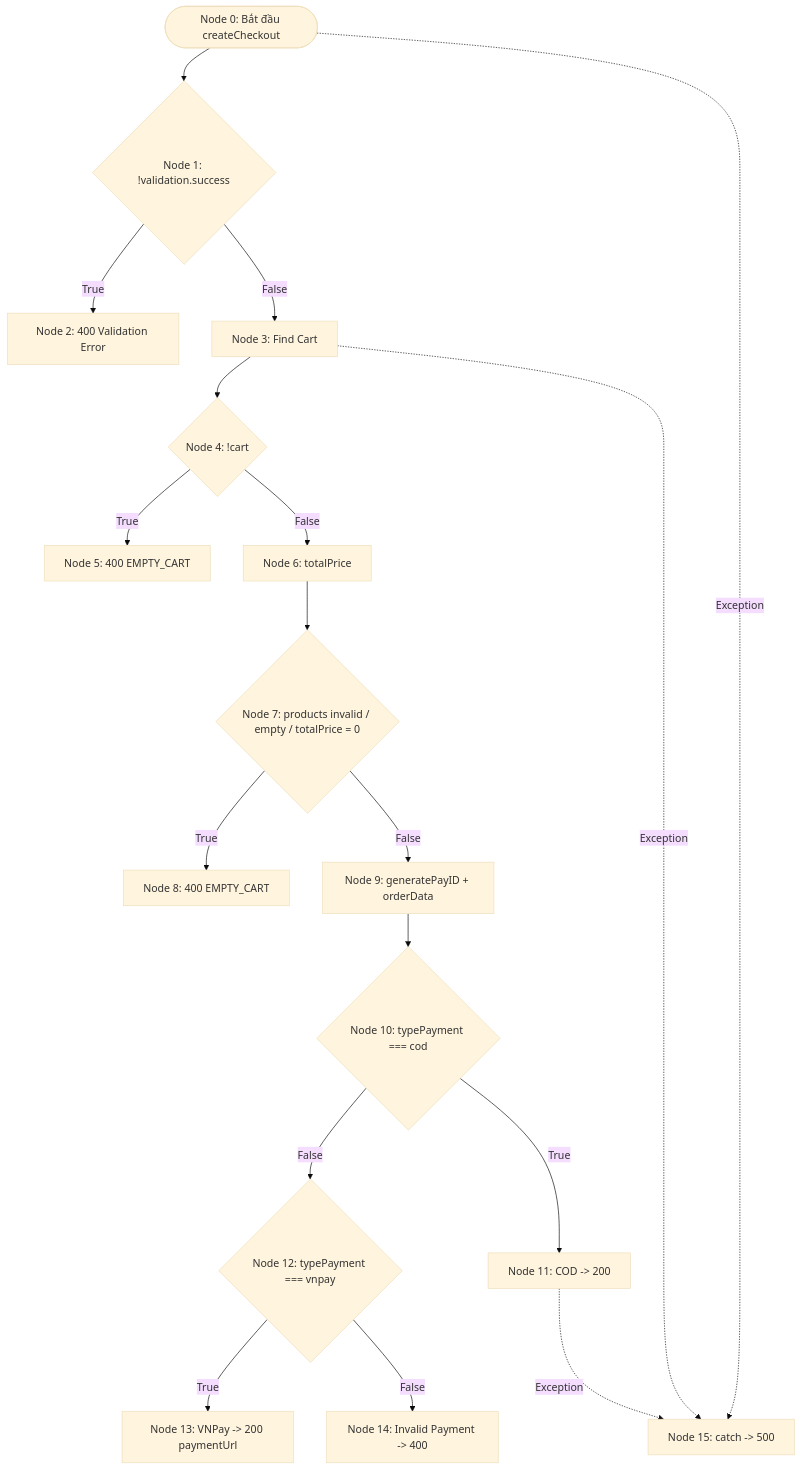
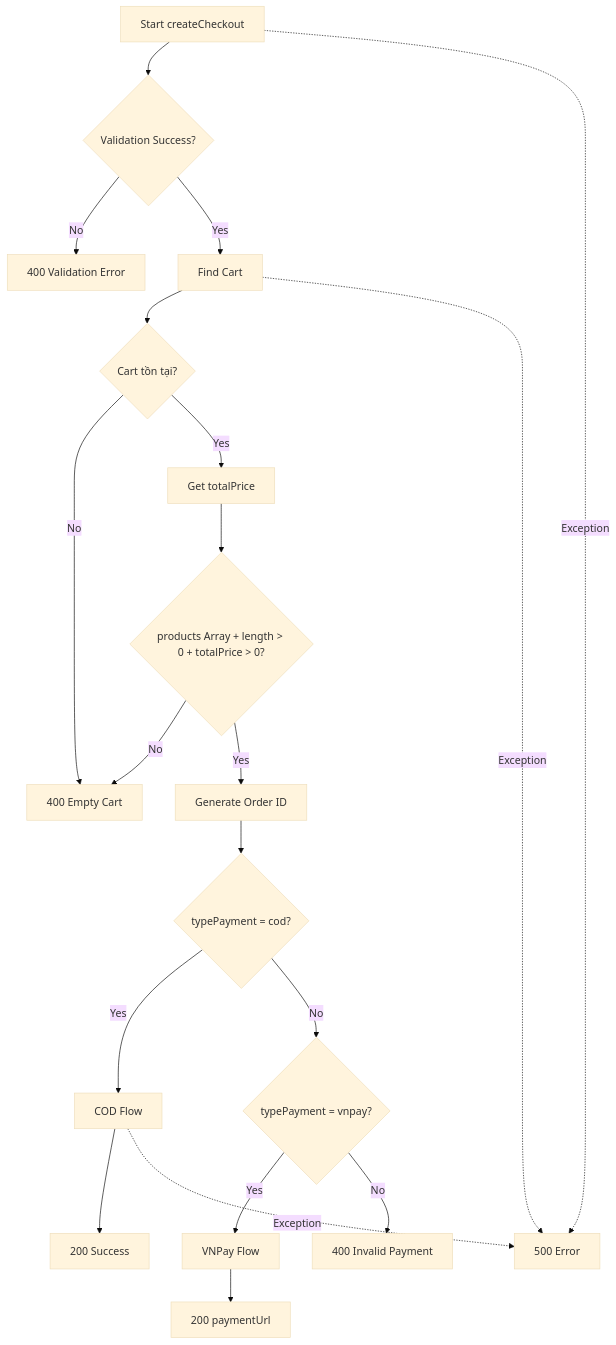
The fifth of 6 diagrams in Doc/Report/CHECKOUT_TEST_REPORT.md (ngthdanh05/e-commerce-web), drawn with Mermaid (base theme) before and after one commit. The commit also changed other lines of this file, not shown here.

Commit message:
update for markdown of CHECKOUT_TEST_REPORT.md file

````diff
--- a/Doc/Report/CHECKOUT_TEST_REPORT.md
+++ b/Doc/Report/CHECKOUT_TEST_REPORT.md
@@ -327,29 +575,33 @@
 ```mermaid
 flowchart TD
-N0(["Node 0: Bắt đầu createCheckout"]) --> N1{"Node 1: !validation.success"}
+    A[Start createCheckout] --> B{Validation Success?}
 
-N1 -- "True" --> N2["Node 2: 400 Validation Error"]
-N1 -- "False" --> N3["Node 3: Find Cart"]
+    B -- No --> C[400 Validation Error]
+    B -- Yes --> D[Find Cart]
 
-N3 --> N4{"Node 4: !cart"}
+    D --> E{Cart tồn tại?}
 
-N4 -- "True" --> N5["Node 5: 400 EMPTY_CART"]
-N4 -- "False" --> N6["Node 6: totalPrice"]
+    E -- No --> F[400 Empty Cart]
+    E -- Yes --> G[Get totalPrice]
 
-N6 --> N7{"Node 7: products invalid / empty / totalPrice = 0"}
+    G --> H{products Array + length > 0 + totalPrice > 0?}
 
-N7 -- "True" --> N8["Node 8: 400 EMPTY_CART"]
-N7 -- "False" --> N9["Node 9: generatePayID + orderData"]
+    H -- No --> F
+    H -- Yes --> I[Generate Order ID]
 
-N9 --> N10{"Node 10: typePayment === cod"}
+    I --> J{typePayment = cod?}
 
-N10 -- "True" --> N11["Node 11: COD -> 200"]
-N10 -- "False" --> N12{"Node 12: typePayment === vnpay"}
+    J -- Yes --> K[COD Flow]
+    K --> L[200 Success]
 
-N12 -- "True" --> N13["Node 13: VNPay -> 200 paymentUrl"]
-N12 -- "False" --> N14["Node 14: Invalid Payment -> 400"]
+    J -- No --> M{typePayment = vnpay?}
 
-N0 -. "Exception" .-> N15["Node 15: catch -> 500"]
-N3 -. "Exception" .-> N15
-N11 -. "Exception" .-> N15
+    M -- Yes --> N[VNPay Flow]
+    N --> O[200 paymentUrl]
+
+    M -- No --> P[400 Invalid Payment]
+
+    A -. Exception .-> Q[500 Error]
+    D -. Exception .-> Q
+    K -. Exception .-> Q
 ```
````
